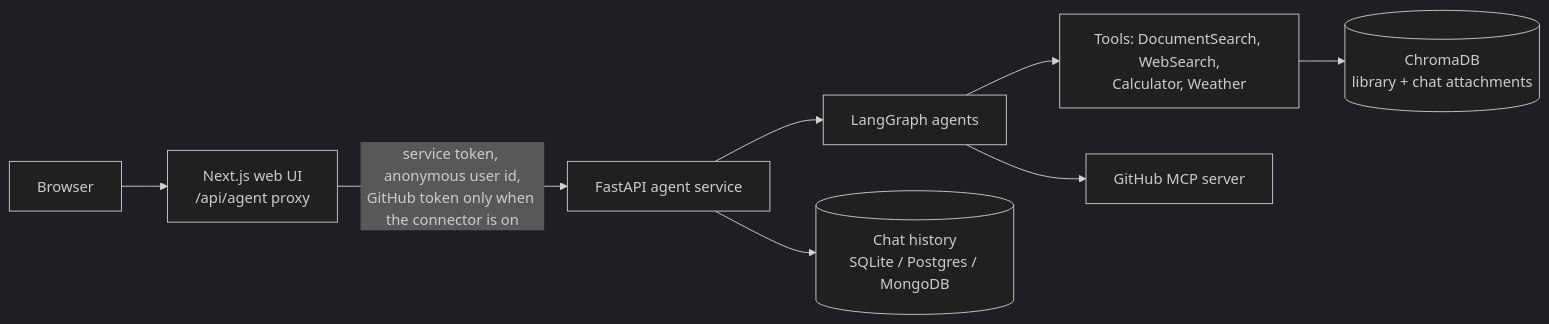
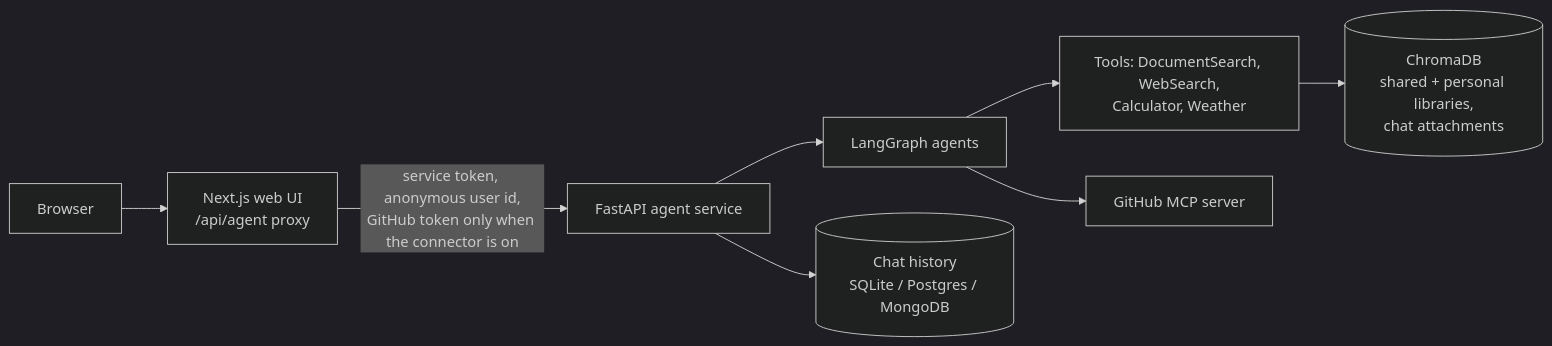
The diagram in README.md (qwertyz15/synapse-ai), drawn with Mermaid (dark theme) before and after one commit. The commit also changed other lines of this file and 6 other files, not shown here.

First line of the commit message:
feat(web): give each visitor a private library and make the shared one read-only

````diff
--- a/README.md
+++ b/README.md
@@ -130,10 +132,10 @@
 ```mermaid
 flowchart LR
     B[Browser] --> W["Next.js web UI<br/>/api/agent proxy"]
     W -->|"service token, anonymous user id,<br/>GitHub token only when the connector is on"| S[FastAPI agent service]
     S --> A[LangGraph agents]
     A --> T["Tools: DocumentSearch, WebSearch,<br/>Calculator, Weather"]
     A --> G[GitHub MCP server]
-    T --> C[("ChromaDB<br/>library + chat attachments")]
+    T --> C[("ChromaDB<br/>shared + personal libraries,<br/>chat attachments")]
     S --> M[("Chat history<br/>SQLite / Postgres / MongoDB")]
 ```
````
